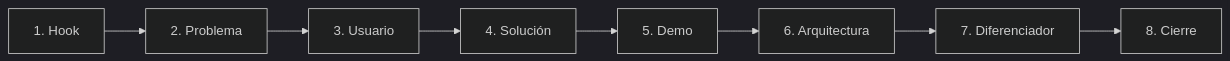
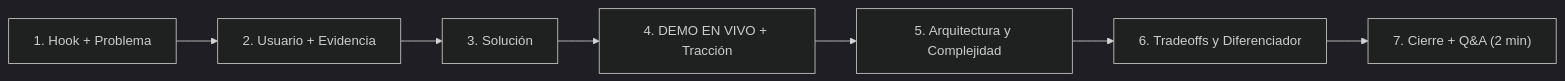
The second of 2 diagrams in docs/pitch/README.md (GiomarDev/hacktheandes-educacion), drawn with Mermaid (dark theme) before and after one commit. The commit also changed other lines of this file and 16 other files, not shown here.

````diff
--- a/docs/pitch/README.md
+++ b/docs/pitch/README.md
@@ -31,10 +44,9 @@
 ```mermaid
 flowchart LR
-    A["1. Hook"] --> B["2. Problema"]
-    B --> C["3. Usuario"]
-    C --> D["4. Solución"]
-    D --> E["5. Demo"]
-    E --> F["6. Arquitectura"]
-    F --> H["7. Diferenciador"]
-    H --> I["8. Cierre"]
+    A["1. Hook + Problema"] --> B["2. Usuario + Evidencia"]
+    B --> C["3. Solución"]
+    C --> D["4. DEMO EN VIVO + Tracción"]
+    D --> E["5. Arquitectura y Complejidad"]
+    E --> F["6. Tradeoffs y Diferenciador"]
+    F --> G["7. Cierre + Q&A (2 min)"]
 ```
````
